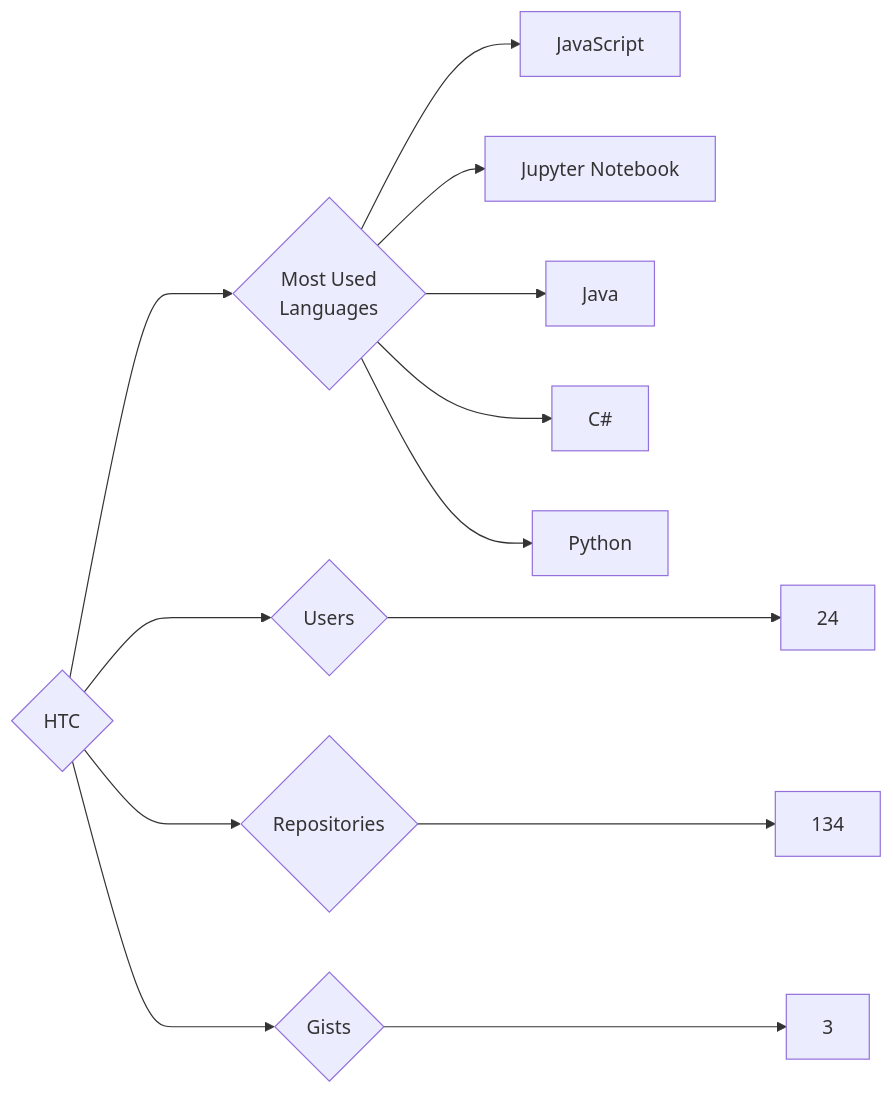
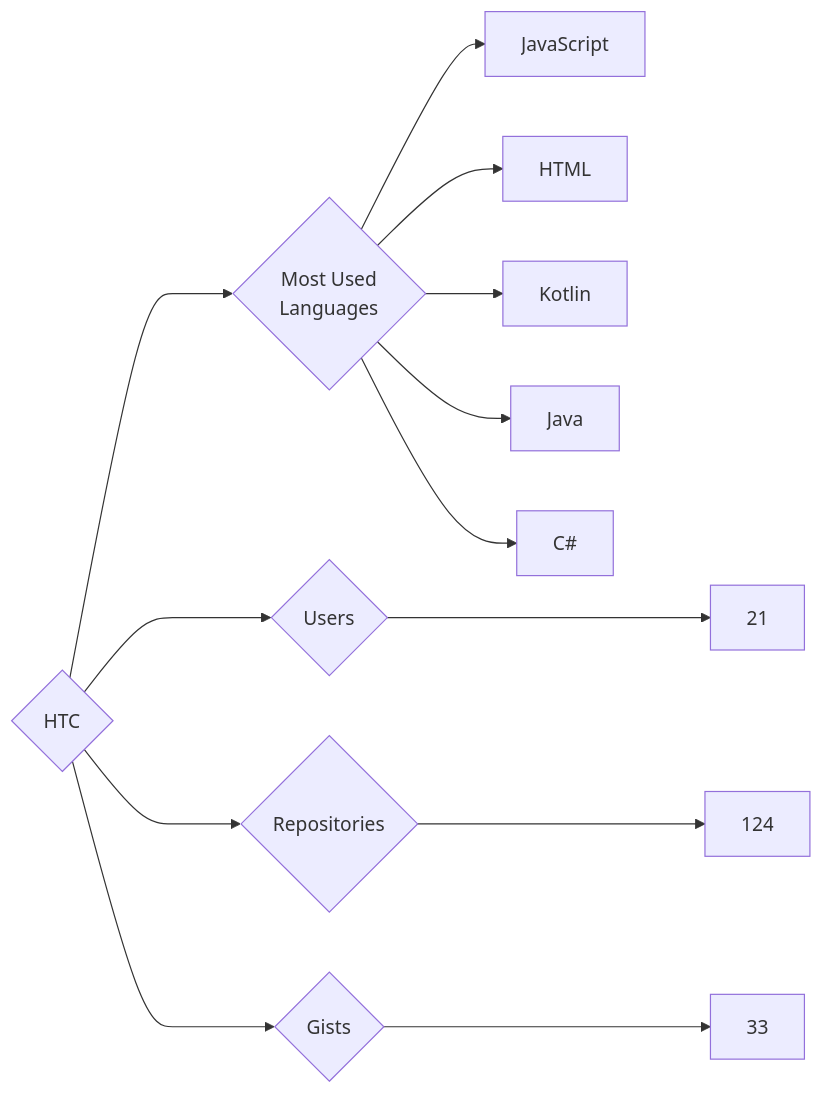
One commit to trickest/insiders changed the diagram in targets/HTC/README.md. Above: the diagram before and after it, drawn with Mermaid. The commit also changed 682 other files, not shown here.

````diff
--- a/targets/HTC/README.md
+++ b/targets/HTC/README.md
@@ -3,13 +3,13 @@
 ```mermaid
 graph LR
 COMPANY_NAME{HTC}
-COMPANY_NAME ---> U{Users} ---> UN[24]
-COMPANY_NAME ---> R{Repositories} ---> RN[134]
-COMPANY_NAME ---> G{Gists} ---> GN[3]
+COMPANY_NAME ---> U{Users} ---> UN[21]
+COMPANY_NAME ---> R{Repositories} ---> RN[124]
+COMPANY_NAME ---> G{Gists} ---> GN[33]
 COMPANY_NAME ---> ML{Most Used<br>Languages}
 ML --> JavaScript[JavaScript]
-ML --> Jupyter_Notebook[Jupyter Notebook]
+ML --> HTML[HTML]
+ML --> Kotlin[Kotlin]
 ML --> Java[Java]
 ML --> C#[C#]
-ML --> Python[Python]
 ```
````
